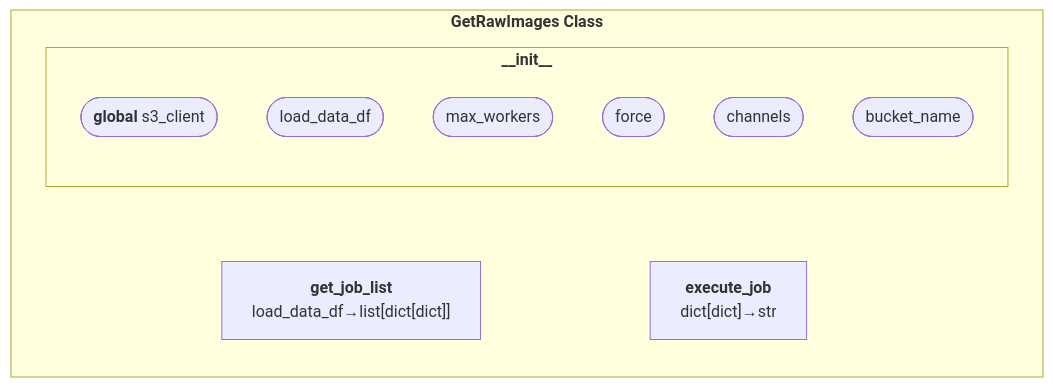
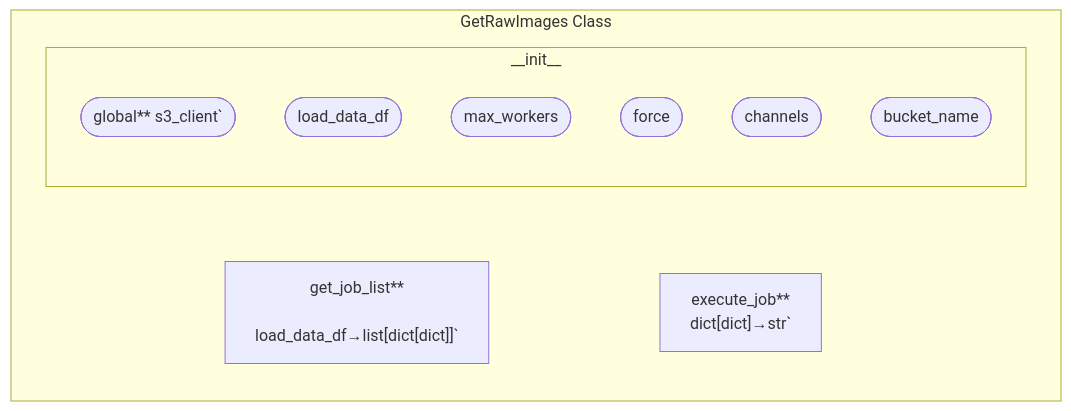
One commit to gwatkinson/jump_download changed the second of 3 diagrams in README.md. Above: the diagram before and after it, drawn with Mermaid. The commit also changed other lines of this file, not shown here.

Commit message:
Fix mermaid flow chart

````diff
--- a/README.md
+++ b/README.md
@@ -221,24 +222,24 @@
 ```mermaid
 flowchart TD
-subgraph "`**GetRawImages Class**`"
+subgraph "GetRawImages Class"
     direction TB
 
-    subgraph init["`**#95;#95;init#95;#95;**`"]
+    subgraph init["#95;#95;init#95;#95;"]
         direction TB
-        a(["`**global** s3_client`"])
+        a(["global** s3_client`"])
         b(["load_data_df"])
         f(["max_workers"])
         e(["force"])
         c(["channels"])
         d(["bucket_name"])
     end
 
-    get_job_list["`**get_job_list**
+    get_job_list["get_job_list**
     load_data_df#8594;list#91;dict#91;dict#93;#93;`"]
 
-    execute_job["`**execute_job**
+    execute_job["execute_job**
     dict#91;dict#93;#8594;str`"]
 
     init ~~~ get_job_list & execute_job
 end
 ```
````
